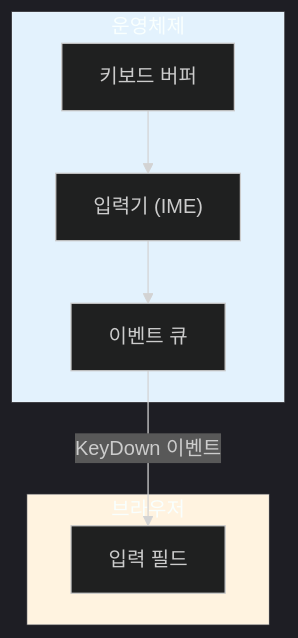
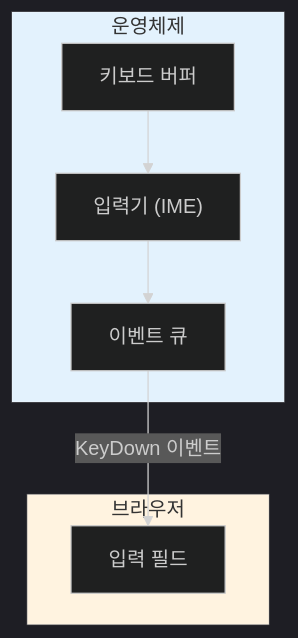
The third of 9 diagrams in apps/devblog/content/posts/input.mdx (Cllaude99/cllaude99_labs), drawn with Mermaid before and after one commit. The commit also changed other lines of this file, not shown here.

````diff
--- a/apps/devblog/content/posts/input.mdx
+++ b/apps/devblog/content/posts/input.mdx
@@ -75,20 +75,20 @@
 ```mermaid
 %%{init: {'theme':'dark'}}%%
 graph TB
     subgraph OS["운영체제"]
         Buffer["키보드 버퍼"]
         EventQueue["이벤트 큐"]
         IME["입력기 (IME)"]
     end
 
     subgraph Browser["브라우저"]
         InputField["입력 필드"]
     end
 
     Buffer --> IME
     IME --> EventQueue
     EventQueue -->|KeyDown 이벤트| InputField
 
-    style OS fill:#e3f2fd
-    style Browser fill:#fff3e0
+    style OS fill:#e3f2fd,color:#333
+    style Browser fill:#fff3e0,color:#333
 ```
````
